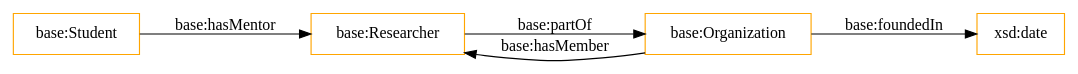
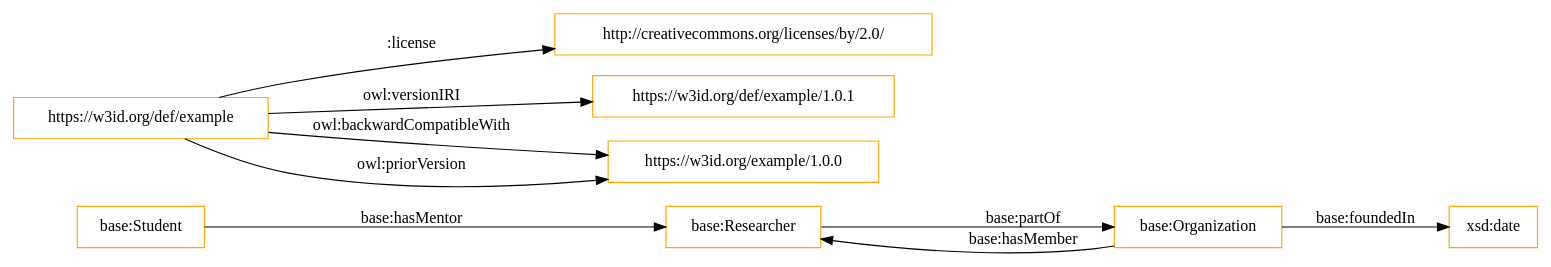
The diagram in OnToology/development/example.owl/diagrams/ar2dtool-class/example.owl.png.dot (mariapoveda/examplefoops), drawn with Graphviz before and after one commit. The commit also changed 7 other files, not shown here.

```diff
--- a/OnToology/development/example.owl/diagrams/ar2dtool-class/example.owl.png.dot
+++ b/OnToology/development/example.owl/diagrams/ar2dtool-class/example.owl.png.dot
@@ -1,10 +1,14 @@
 digraph ar2dtool_diagram { 
 rankdir=LR;
 size="1501"
 node [shape = rectangle, color="orange"]; "base:Student" "base:Organization" "base:Researcher" ; /*classes style*/
+	"https://w3id.org/def/example" -> "http://creativecommons.org/licenses/by/2.0/" [ label = ":license" ];
+	"https://w3id.org/def/example" -> "https://w3id.org/def/example/1.0.1" [ label = "owl:versionIRI" ];
+	"https://w3id.org/def/example" -> "https://w3id.org/example/1.0.0" [ label = "owl:backwardCompatibleWith" ];
+	"https://w3id.org/def/example" -> "https://w3id.org/example/1.0.0" [ label = "owl:priorVersion" ];
 	"base:Organization" -> "xsd:date" [ label = "base:foundedIn" ];
 	"base:Student" -> "base:Researcher" [ label = "base:hasMentor" ];
 	"base:Researcher" -> "base:Organization" [ label = "base:partOf" ];
 	"base:Organization" -> "base:Researcher" [ label = "base:hasMember" ];
 
 }
```
